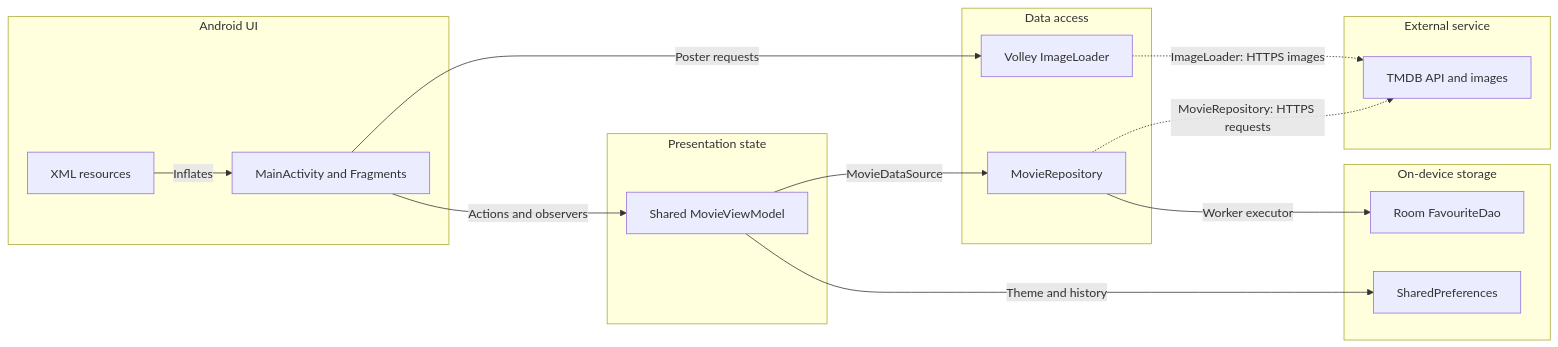
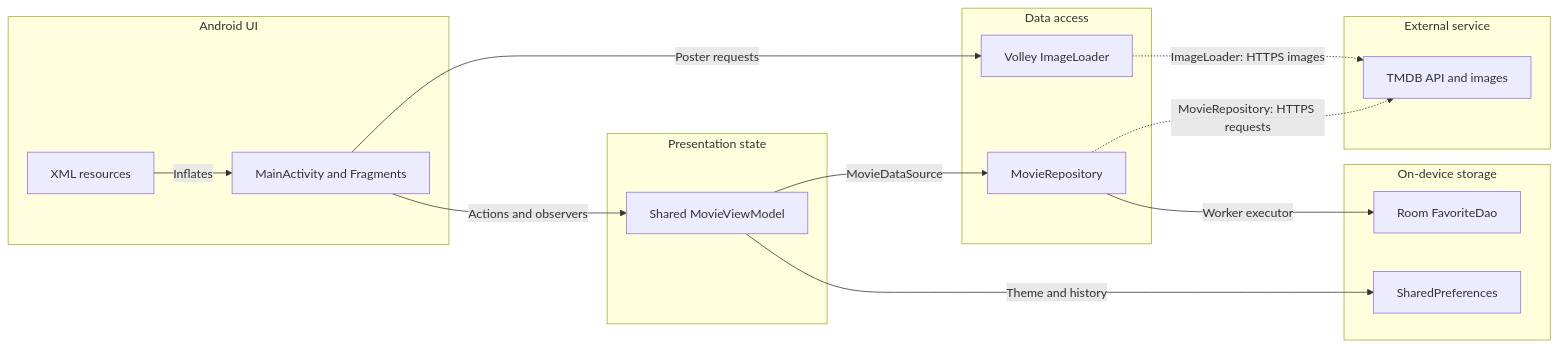
The first of 4 diagrams in docs/architecture.md (USTH-B3-Projects/MAD-IMDB-Client), drawn with Mermaid before and after one commit. The commit also changed other lines of this file, not shown here.

````diff
--- a/docs/architecture.md
+++ b/docs/architecture.md
@@ -9,30 +9,30 @@
 ```mermaid
 flowchart LR
     subgraph client ["Android UI"]
         screens["MainActivity and Fragments"]
         xml["XML resources"]
     end
     subgraph gateway ["Presentation state"]
         viewModel["Shared MovieViewModel"]
     end
     subgraph service ["Data access"]
         repository["MovieRepository"]
         imageLoader["Volley ImageLoader"]
     end
     subgraph datastore ["On-device storage"]
-        room["Room FavouriteDao"]
+        room["Room FavoriteDao"]
         preferences["SharedPreferences"]
     end
     subgraph external ["External service"]
         tmdb["TMDB API and images"]
     end
 
     xml -->|"Inflates"| screens
     screens -->|"Actions and observers"| viewModel
     viewModel -->|"MovieDataSource"| repository
     viewModel -->|"Theme and history"| preferences
     repository -->|"Worker executor"| room
     repository -.->|"MovieRepository: HTTPS requests"| tmdb
     screens -->|"Poster requests"| imageLoader
     imageLoader -.->|"ImageLoader: HTTPS images"| tmdb
 ```
````
